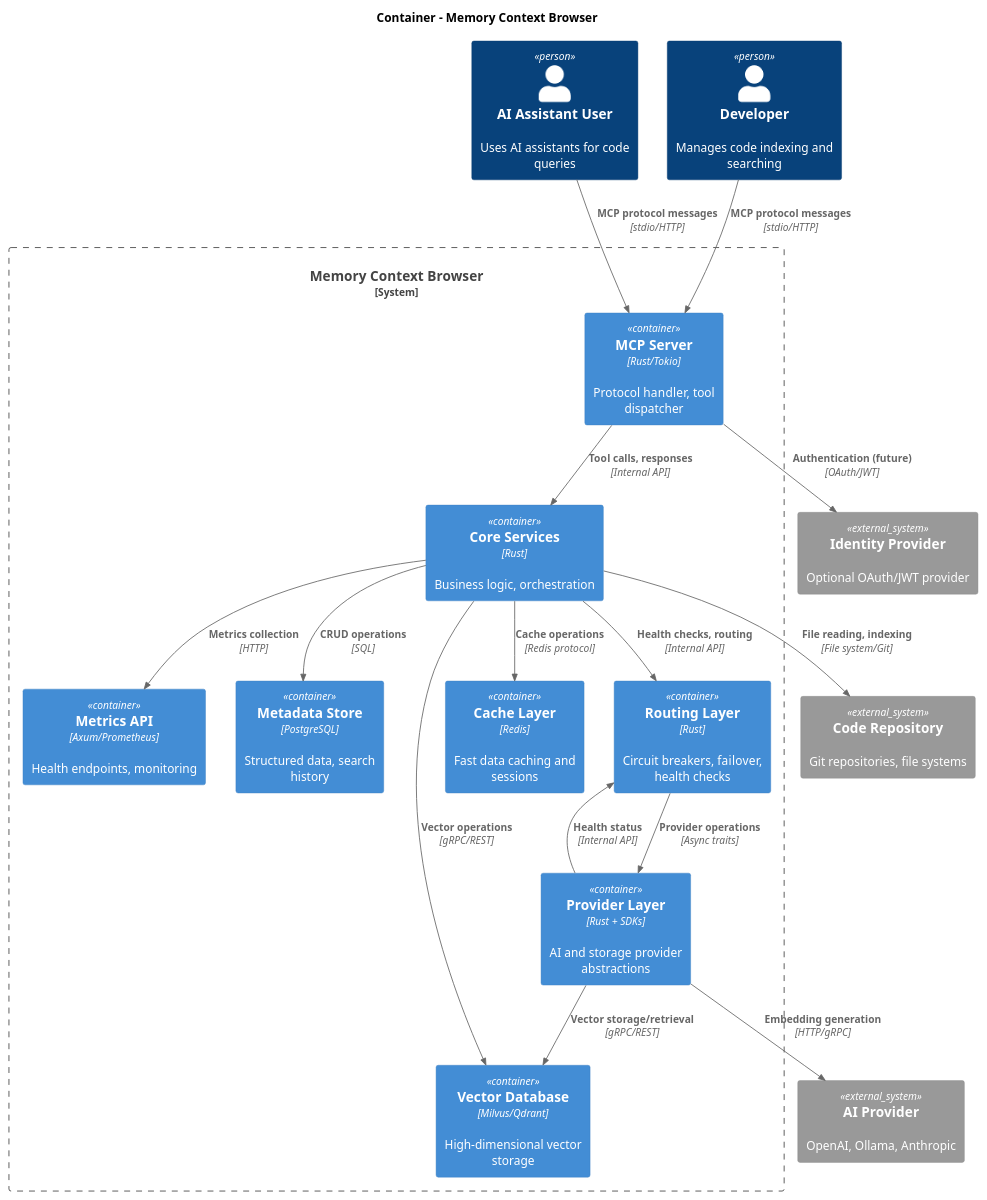
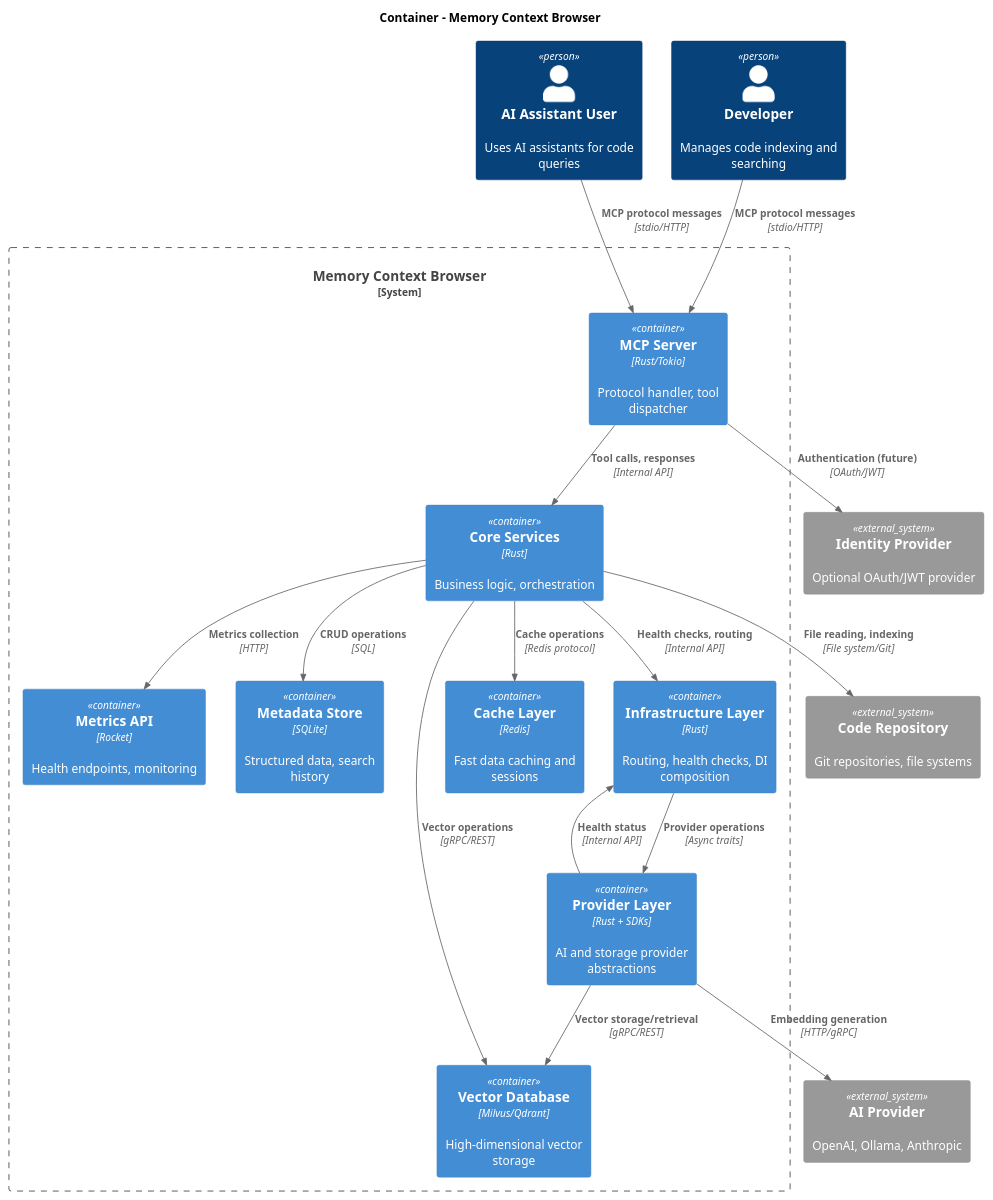
The diagram in docs/diagrams/container-architecture.puml (marlonsc/mcb), drawn with PlantUML before and after one commit. The commit also changed 153 other files, not shown here.

```diff
--- a/docs/diagrams/container-architecture.puml
+++ b/docs/diagrams/container-architecture.puml
@@ -1,43 +1,43 @@
 @startuml Container - Memory Context Browser
 !include <C4/C4_Container>
 
 title Container - Memory Context Browser
 
 Person(ai_user, "AI Assistant User", "Uses AI assistants for code queries")
 Person(developer, "Developer", "Manages code indexing and searching")
 
 System_Boundary(mcp_system, "Memory Context Browser") {
     Container(mcp_server, "MCP Server", "Rust/Tokio", "Protocol handler, tool dispatcher")
     Container(core_services, "Core Services", "Rust", "Business logic, orchestration")
     Container(provider_layer, "Provider Layer", "Rust + SDKs", "AI and storage provider abstractions")
-    Container(routing_layer, "Routing Layer", "Rust", "Circuit breakers, failover, health checks")
-    Container(metrics_api, "Metrics API", "Axum/Prometheus", "Health endpoints, monitoring")
-    Container(metadata_store, "Metadata Store", "PostgreSQL", "Structured data, search history")
+    Container(routing_layer, "Infrastructure Layer", "Rust", "Routing, health checks, DI composition")
+    Container(metrics_api, "Metrics API", "Rocket", "Health endpoints, monitoring")
+    Container(metadata_store, "Metadata Store", "SQLite", "Structured data, search history")
     Container(vector_db, "Vector Database", "Milvus/Qdrant", "High-dimensional vector storage")
     Container(cache, "Cache Layer", "Redis", "Fast data caching and sessions")
 }
 
 System_Ext(code_repository, "Code Repository", "Git repositories, file systems")
 System_Ext(ai_provider, "AI Provider", "OpenAI, Ollama, Anthropic")
 System_Ext(identity_provider, "Identity Provider", "Optional OAuth/JWT provider")
 
 Rel(ai_user, mcp_server, "MCP protocol messages", "stdio/HTTP")
 Rel(developer, mcp_server, "MCP protocol messages", "stdio/HTTP")
 
 Rel(mcp_server, core_services, "Tool calls, responses", "Internal API")
 Rel(core_services, routing_layer, "Health checks, routing", "Internal API")
 Rel(core_services, metrics_api, "Metrics collection", "HTTP")
 Rel(routing_layer, provider_layer, "Provider operations", "Async traits")
 Rel(provider_layer, routing_layer, "Health status", "Internal API")
 Rel(core_services, metadata_store, "CRUD operations", "SQL")
 Rel(core_services, vector_db, "Vector operations", "gRPC/REST")
 Rel(core_services, cache, "Cache operations", "Redis protocol")
 
 Rel(provider_layer, ai_provider, "Embedding generation", "HTTP/gRPC")
 Rel(provider_layer, vector_db, "Vector storage/retrieval", "gRPC/REST")
 
 Rel(core_services, code_repository, "File reading, indexing", "File system/Git")
 
 Rel(mcp_server, identity_provider, "Authentication (future)", "OAuth/JWT")
 
 @enduml
```
